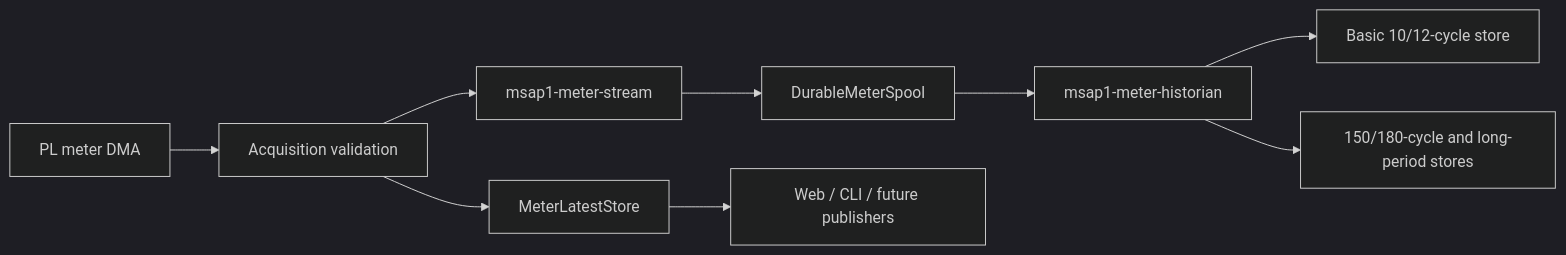
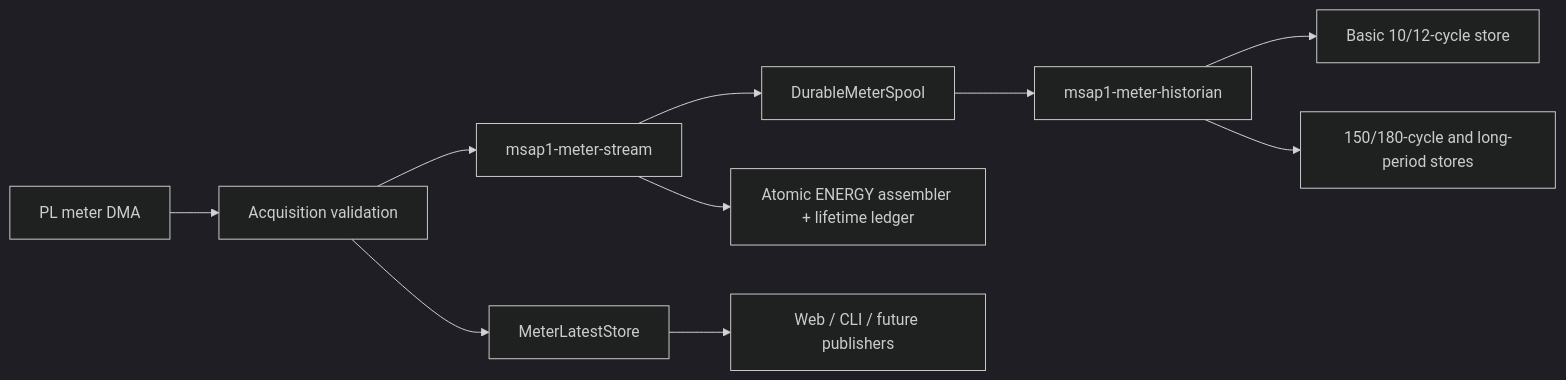
Before and after one commit to Monutchee/MSAP1_APU: the diagram in common/mnc/MeterDataProvider/stream/README.md, drawn with Mermaid (dark theme). The commit also changed other lines of this file and 58 other files, not shown here.

````diff
--- a/common/mnc/MeterDataProvider/stream/README.md
+++ b/common/mnc/MeterDataProvider/stream/README.md
@@ -14,11 +14,12 @@
 ```mermaid
 flowchart LR
     DMA["PL meter DMA"] --> ACQ["Acquisition validation"]
     ACQ --> STREAM["msap1-meter-stream"]
     STREAM --> SPOOL["DurableMeterSpool"]
+    STREAM --> ENERGY["Atomic ENERGY assembler + lifetime ledger"]
     SPOOL --> HIST["msap1-meter-historian"]
     HIST --> BASIC["Basic 10/12-cycle store"]
     HIST --> AGG["150/180-cycle and long-period stores"]
     ACQ --> LATEST["MeterLatestStore"]
     LATEST --> CLIENTS["Web / CLI / future publishers"]
 ```
````
